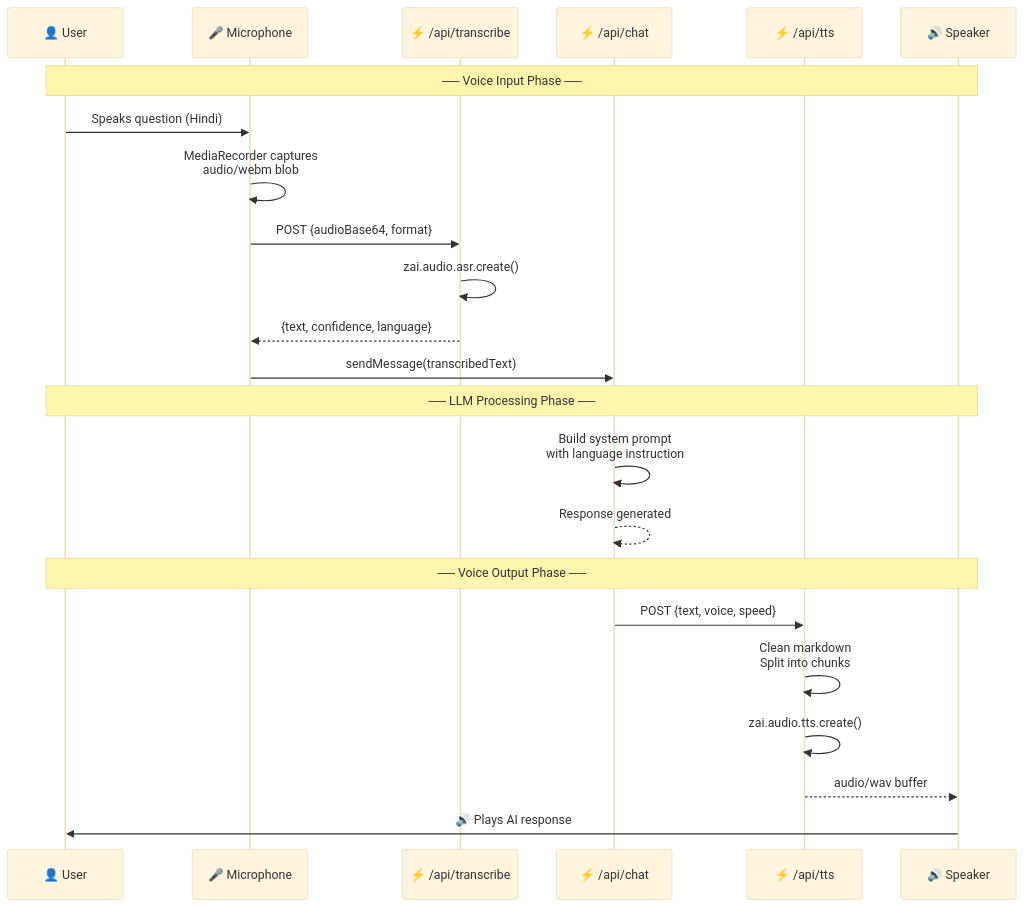
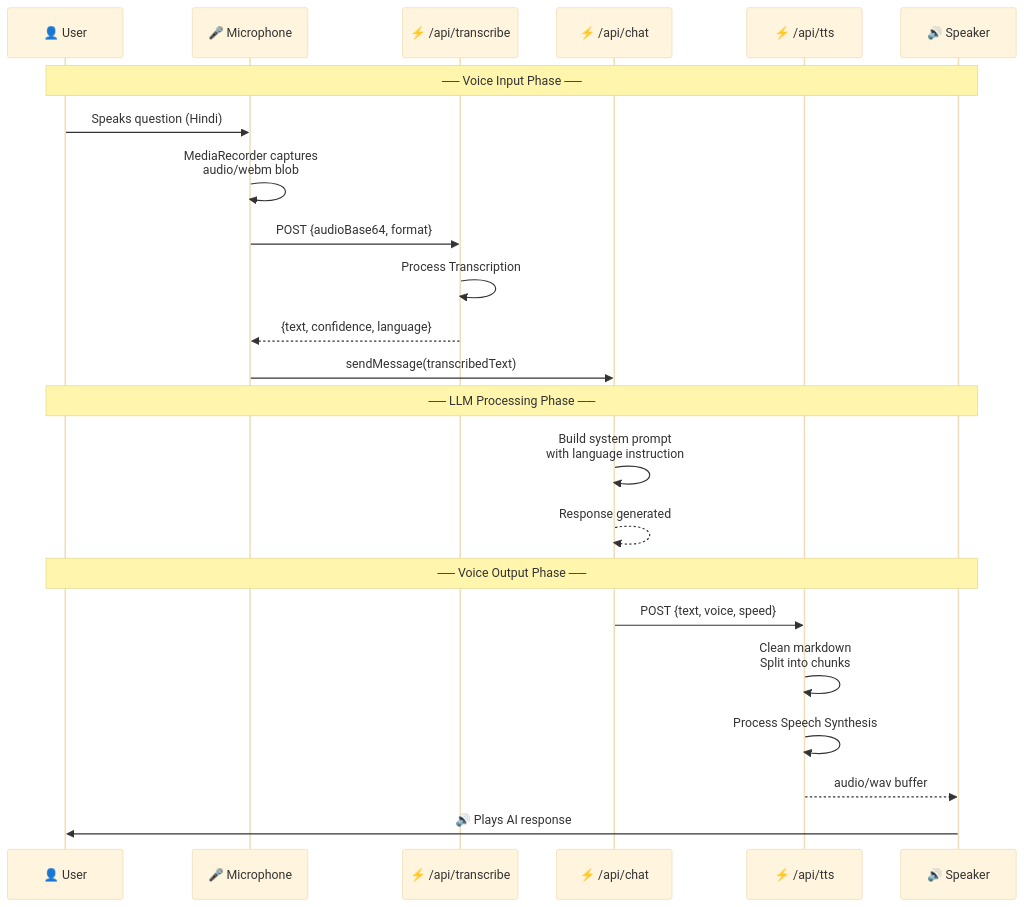
The third of 15 diagrams in README.md (yashrao2607/arthsathi), drawn with Mermaid (base theme) before and after one commit. The commit also changed other lines of this file, not shown here.

````diff
--- a/README.md
+++ b/README.md
@@ -223,28 +223,28 @@
 ```mermaid
 sequenceDiagram
     participant U as 👤 User
     participant Mic as 🎤 Microphone
     participant ASR as ⚡ /api/transcribe
     participant Chat as ⚡ /api/chat
     participant TTS as ⚡ /api/tts
     participant Speaker as 🔊 Speaker
 
     Note over U,Speaker: ── Voice Input Phase ──
     U->>Mic: Speaks question (Hindi)
     Mic->>Mic: MediaRecorder captures<br/>audio/webm blob
     Mic->>ASR: POST {audioBase64, format}
-    ASR->>ASR: zai.audio.asr.create()
+    ASR->>ASR: Process Transcription
     ASR-->>Mic: {text, confidence, language}
     Mic->>Chat: sendMessage(transcribedText)
 
     Note over U,Speaker: ── LLM Processing Phase ──
     Chat->>Chat: Build system prompt<br/>with language instruction
     Chat-->>Chat: Response generated
 
     Note over U,Speaker: ── Voice Output Phase ──
     Chat->>TTS: POST {text, voice, speed}
     TTS->>TTS: Clean markdown<br/>Split into chunks
-    TTS->>TTS: zai.audio.tts.create()
+    TTS->>TTS: Process Speech Synthesis
     TTS-->>Speaker: audio/wav buffer
     Speaker->>U: 🔊 Plays AI response
 ```
````
